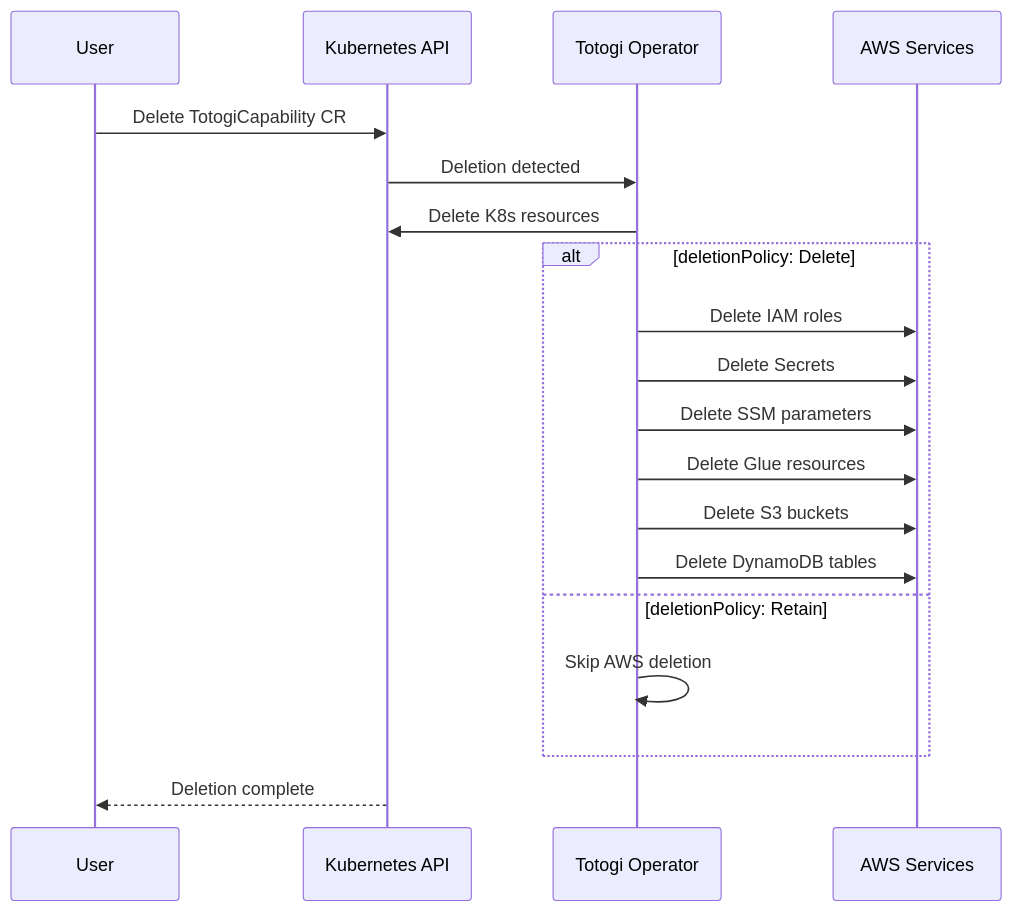
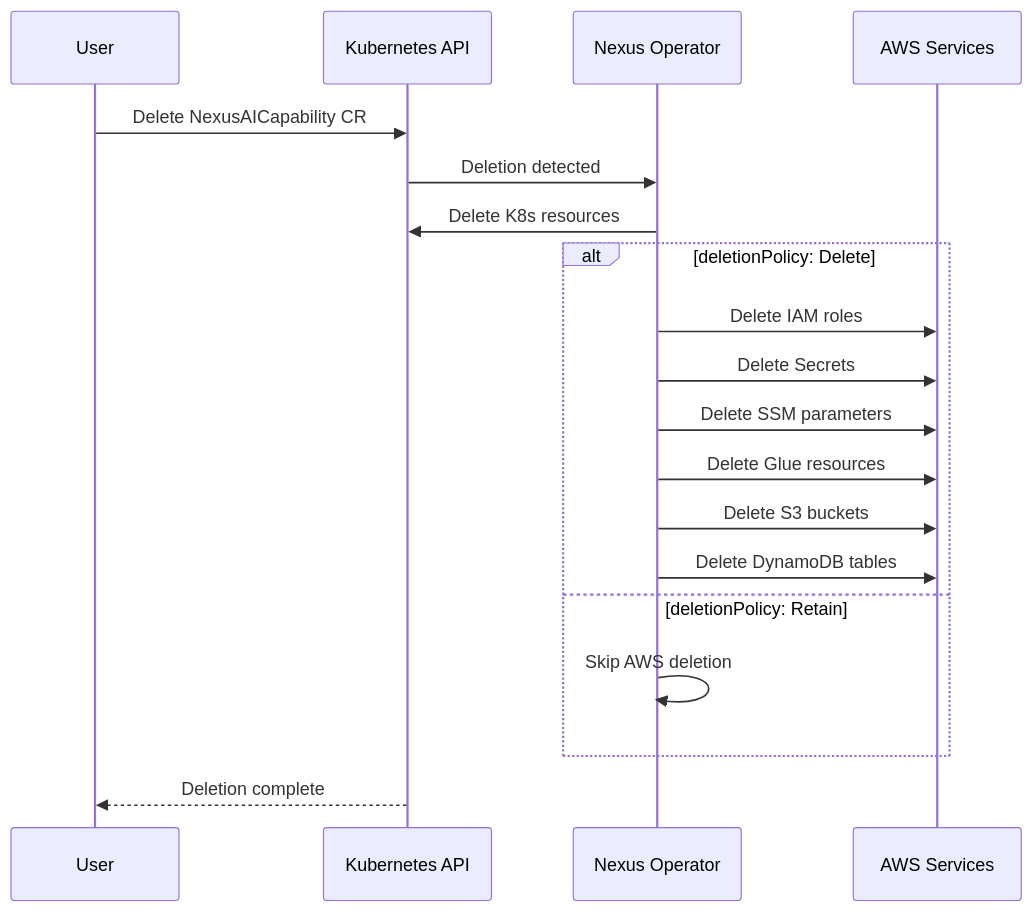
The fourth of 4 diagrams in docs/operational/kubernetes-operator/architecture.md (nexusdataai/nexus-docs), drawn with Mermaid before and after one commit. The commit also changed other lines of this file and 263 other files, not shown here.

First line of the commit message:
Rebrand documentation from Totogi CallSense to NexusAI Data Platform

````diff
--- a/docs/operational/kubernetes-operator/architecture.md
+++ b/docs/operational/kubernetes-operator/architecture.md
@@ -138,24 +138,24 @@
 ```mermaid
 sequenceDiagram
     participant User
     participant K8s as Kubernetes API
-    participant Op as Totogi Operator
+    participant Op as Nexus Operator
     participant AWS as AWS Services
 
-    User->>K8s: Delete TotogiCapability CR
+    User->>K8s: Delete NexusAICapability CR
     K8s->>Op: Deletion detected
     Op->>K8s: Delete K8s resources
     
     alt deletionPolicy: Delete
         Op->>AWS: Delete IAM roles
         Op->>AWS: Delete Secrets
         Op->>AWS: Delete SSM parameters
         Op->>AWS: Delete Glue resources
         Op->>AWS: Delete S3 buckets
         Op->>AWS: Delete DynamoDB tables
     else deletionPolicy: Retain
         Op->>Op: Skip AWS deletion
     end
     
     K8s-->>User: Deletion complete
 ```
````
